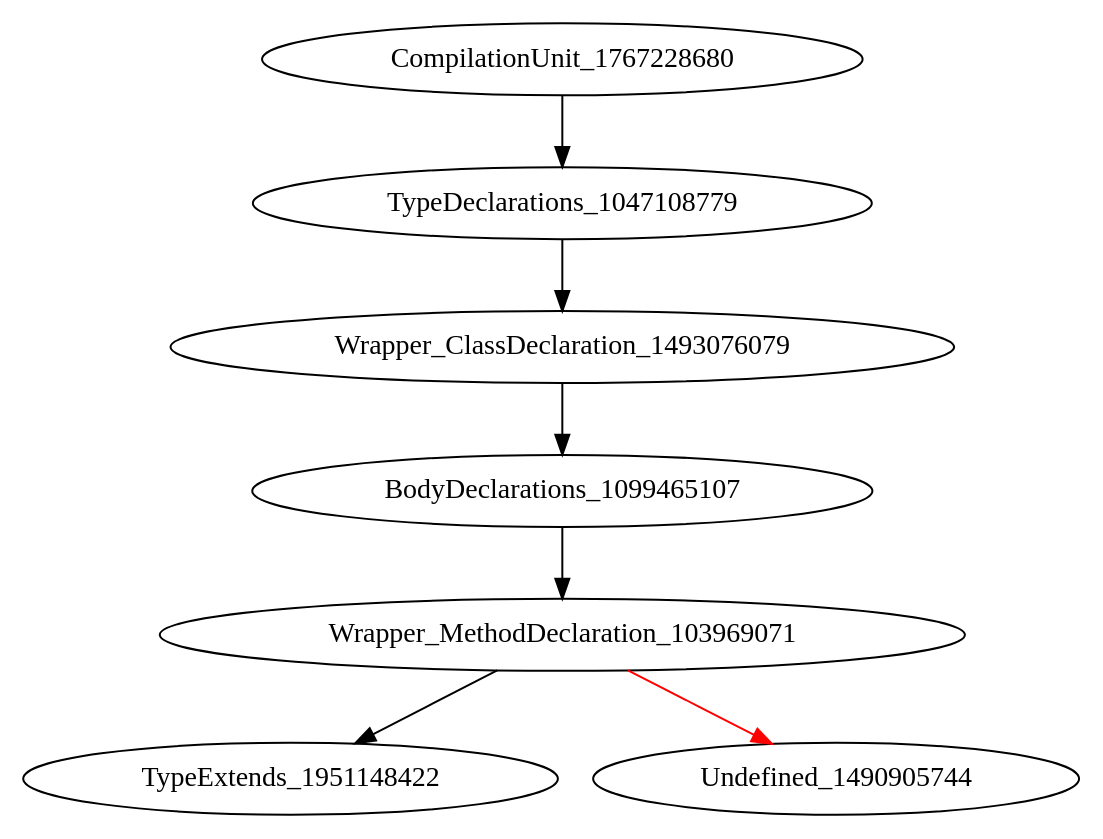
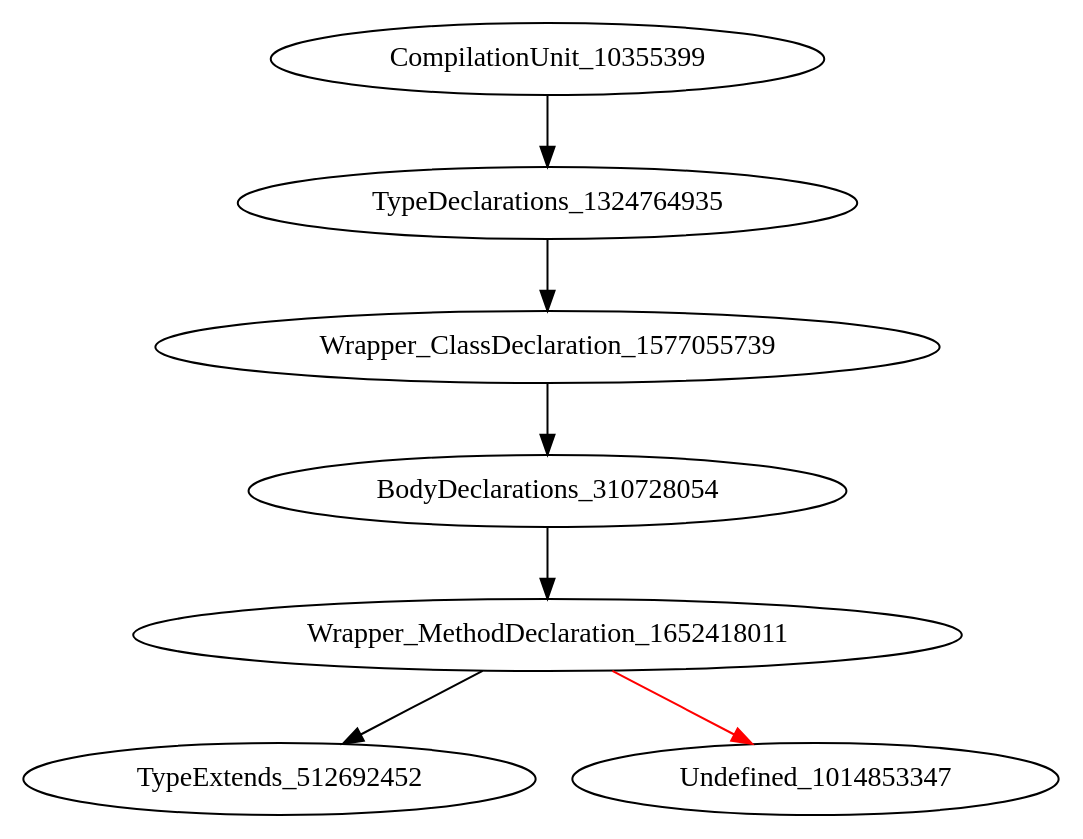
One commit to icse2023material/VoiceJava changed the diagram in holeAST.dot. Above: the diagram before and after it, drawn with Graphviz. The commit also changed 23 other files, not shown here.

```diff
--- a/holeAST.dot
+++ b/holeAST.dot
@@ -1,8 +1,8 @@
 digraph {
-CompilationUnit_1767228680 -> TypeDeclarations_1047108779
-TypeDeclarations_1047108779 -> Wrapper_ClassDeclaration_1493076079
-Wrapper_ClassDeclaration_1493076079 -> BodyDeclarations_1099465107
-BodyDeclarations_1099465107 -> Wrapper_MethodDeclaration_103969071
-Wrapper_MethodDeclaration_103969071 -> TypeExtends_1951148422
-Wrapper_MethodDeclaration_103969071 -> Undefined_1490905744 [color = red] 
+CompilationUnit_10355399 -> TypeDeclarations_1324764935
+TypeDeclarations_1324764935 -> Wrapper_ClassDeclaration_1577055739
+Wrapper_ClassDeclaration_1577055739 -> BodyDeclarations_310728054
+BodyDeclarations_310728054 -> Wrapper_MethodDeclaration_1652418011
+Wrapper_MethodDeclaration_1652418011 -> TypeExtends_512692452
+Wrapper_MethodDeclaration_1652418011 -> Undefined_1014853347 [color = red] 
 }
```
